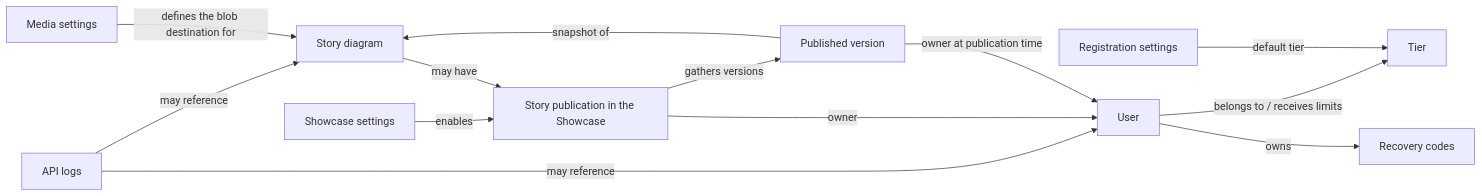
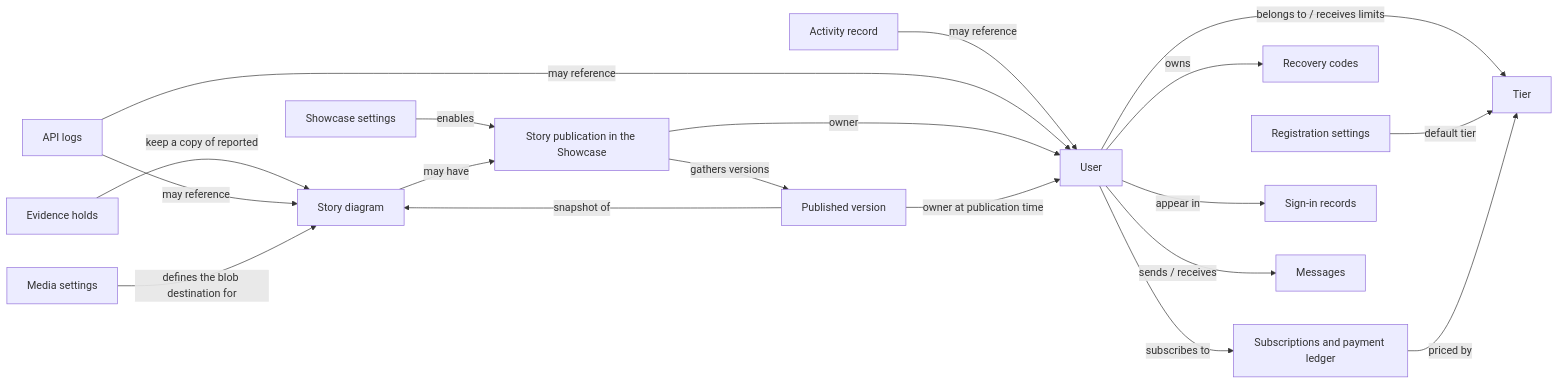
Before and after one commit to CaioFViana/Keres: the second of 2 diagrams in docs/project_plan.md, drawn with Mermaid. The commit also changed other lines of this file and 53 other files, not shown here.

Commit message:
(DOCS) Docs in English only: 23 finished or stale documents removed, the Portuguese ones translated, inventory, project plan, screen flow and landscape updated for 1.10.1, living docs moved out of finished_planning

````diff
--- a/docs/project_plan.md
+++ b/docs/project_plan.md
@@ -253,29 +313,40 @@
 ```mermaid
 graph LR
     users[User]
     tiers[Tier]
     registration_settings[Registration settings]
     recovery_codes[Recovery codes]
     api_logs[API logs]
     showcase_settings[Showcase settings]
     media_storage_settings[Media settings]
+    subscriptions[Subscriptions and payment ledger]
+    audit_events[Activity record]
+    access_records[Sign-in records]
+    messages[Messages]
+    evidence_holds[Evidence holds]
     showcase_entry[Story publication in the Showcase]
     publication[Published version]
     story_diagram[Story diagram]
 
     users -- belongs to / receives limits --> tiers
     registration_settings -- default tier --> tiers
     users -- owns --> recovery_codes
+    users -- subscribes to --> subscriptions
+    subscriptions -- priced by --> tiers
+    users -- sends / receives --> messages
+    users -- appear in --> access_records
+    audit_events -- may reference --> users
+    evidence_holds -- keep a copy of reported --> story_diagram
 
     api_logs -- may reference --> users
     api_logs -- may reference --> story_diagram
 
     showcase_settings -- enables --> showcase_entry
     media_storage_settings -- defines the blob destination for --> story_diagram
 
     story_diagram -- may have --> showcase_entry
     showcase_entry -- owner --> users
     showcase_entry -- gathers versions --> publication
     publication -- owner at publication time --> users
     publication -- snapshot of --> story_diagram
 ```
````
